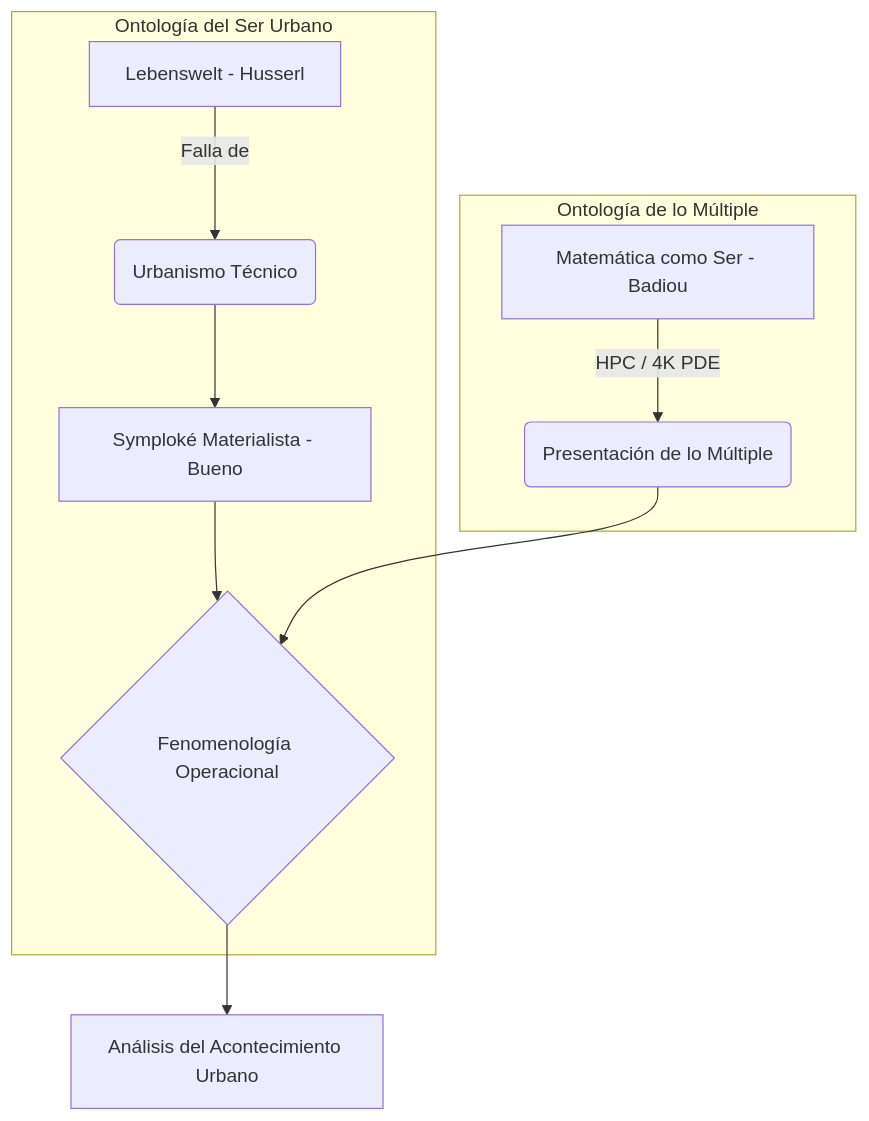
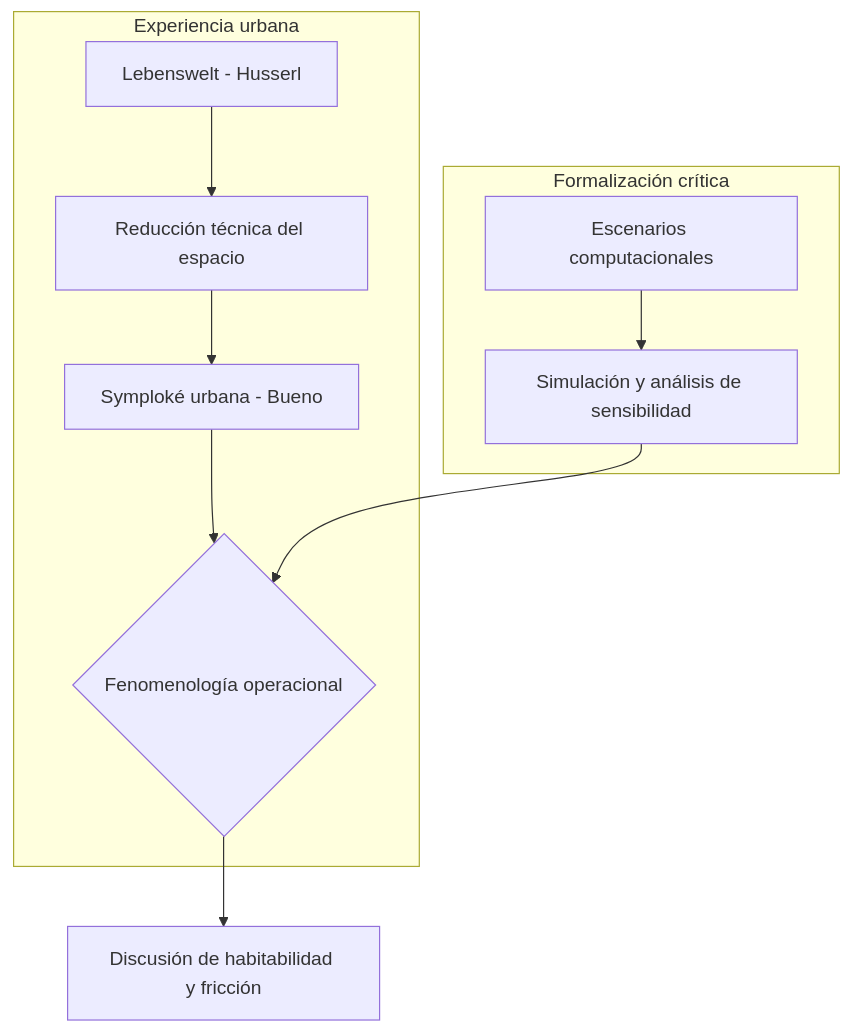
One commit to stevenvo780/FenomenologiaUrbana changed the diagram in tesis/01-introduccion-y-marco-teorico.md. Above: the diagram before and after it, drawn with Mermaid. The commit also changed other lines of this file and 17 other files, not shown here.

````diff
--- a/tesis/01-introduccion-y-marco-teorico.md
+++ b/tesis/01-introduccion-y-marco-teorico.md
@@ -17,13 +25,13 @@
 ```mermaid
 graph TD
-    subgraph Ontología del Ser Urbano
-        A[Lebenswelt - Husserl] -->|Falla de| B(Urbanismo Técnico)
-        B --> C[Symploké Materialista - Bueno]
-        C --> D{Fenomenología Operacional}
+    subgraph Experiencia urbana
+        A[Lebenswelt - Husserl] --> B[Reducción técnica del espacio]
+        B --> C[Symploké urbana - Bueno]
+        C --> D{Fenomenología operacional}
     end
-    subgraph Ontología de lo Múltiple
-        E[Matemática como Ser - Badiou] -->|HPC / 4K PDE| F(Presentación de lo Múltiple)
+    subgraph Formalización crítica
+        E[Escenarios computacionales] --> F[Simulación y análisis de sensibilidad]
         F --> D
     end
-    D --> G[Análisis del Acontecimiento Urbano]
+    D --> G[Discusión de habitabilidad y fricción]
 ```
````
